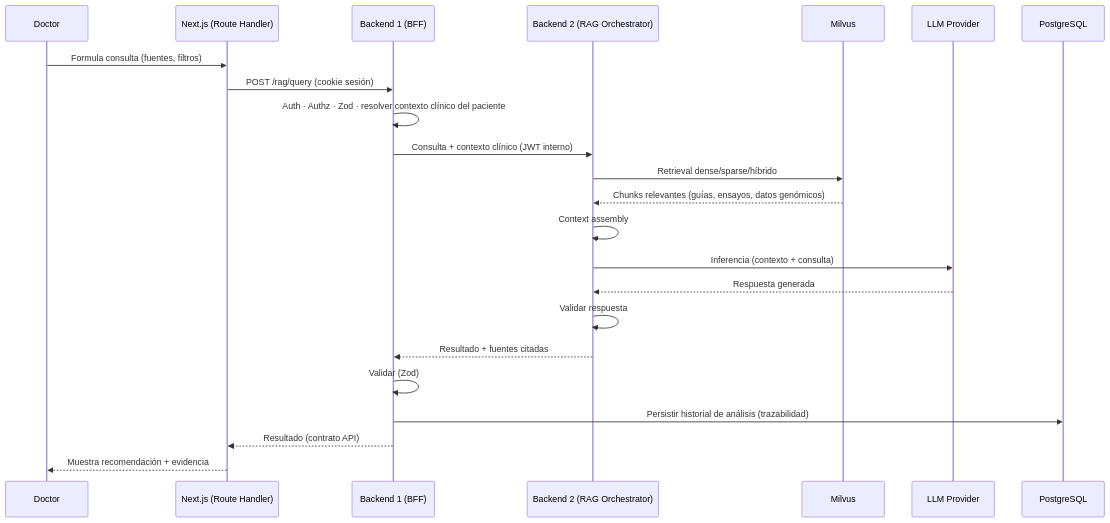
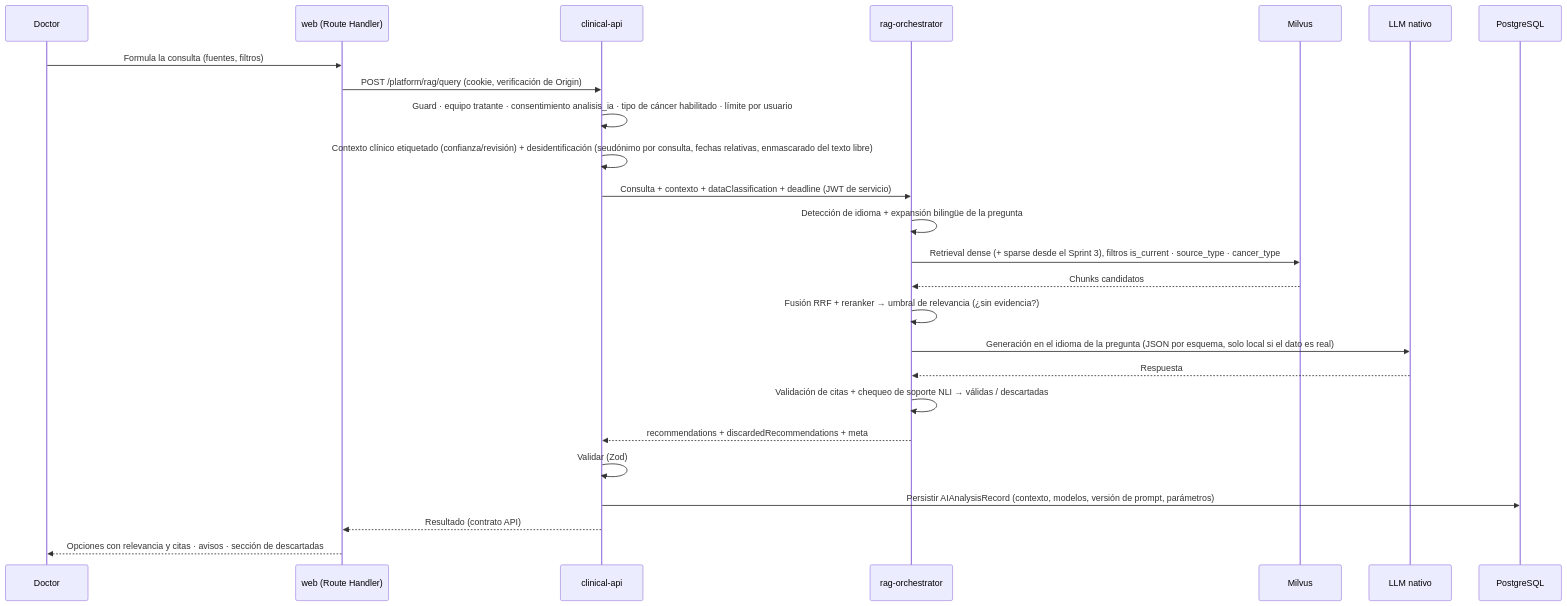
The third of 7 diagrams in readme.md (hatrickmario/OncoLens-Lab), drawn with Mermaid before and after one commit. The commit also changed other lines of this file and 2 other files, not shown here.

First line of the commit message:
Actualizar README y diagrama C4, y agregar PRD con las decisiones de la revisión técnica (#1)

````diff
--- a/readme.md
+++ b/readme.md
@@ -210,26 +245,28 @@
 ```mermaid
 sequenceDiagram
     participant D as Doctor
-    participant FE as Next.js (Route Handler)
-    participant BE1 as Backend 1 (BFF)
-    participant BE2 as Backend 2 (RAG Orchestrator)
+    participant FE as web (Route Handler)
+    participant BE1 as clinical-api
+    participant BE2 as rag-orchestrator
     participant MV as Milvus
-    participant LLM as LLM Provider
+    participant LLM as LLM nativo
     participant PG as PostgreSQL
 
-    D->>FE: Formula consulta (fuentes, filtros)
-    FE->>BE1: POST /rag/query (cookie sesión)
-    BE1->>BE1: Auth · Authz · Zod · resolver contexto clínico del paciente
-    BE1->>BE2: Consulta + contexto clínico (JWT interno)
-    BE2->>MV: Retrieval dense/sparse/híbrido
-    MV-->>BE2: Chunks relevantes (guías, ensayos, datos genómicos)
-    BE2->>BE2: Context assembly
-    BE2->>LLM: Inferencia (contexto + consulta)
-    LLM-->>BE2: Respuesta generada
-    BE2->>BE2: Validar respuesta
-    BE2-->>BE1: Resultado + fuentes citadas
+    D->>FE: Formula la consulta (fuentes, filtros)
+    FE->>BE1: POST /platform/rag/query (cookie, verificación de Origin)
+    BE1->>BE1: Guard · equipo tratante · consentimiento analisis_ia · tipo de cáncer habilitado · límite por usuario
+    BE1->>BE1: Contexto clínico etiquetado (confianza/revisión) + desidentificación (seudónimo por consulta, fechas relativas, enmascarado del texto libre)
+    BE1->>BE2: Consulta + contexto + dataClassification + deadline (JWT de servicio)
+    BE2->>BE2: Detección de idioma + expansión bilingüe de la pregunta
+    BE2->>MV: Retrieval dense (+ sparse desde el Sprint 3), filtros is_current · source_type · cancer_type
+    MV-->>BE2: Chunks candidatos
+    BE2->>BE2: Fusión RRF + reranker → umbral de relevancia (¿sin evidencia?)
+    BE2->>LLM: Generación en el idioma de la pregunta (JSON por esquema, solo local si el dato es real)
+    LLM-->>BE2: Respuesta
+    BE2->>BE2: Validación de citas + chequeo de soporte NLI → válidas / descartadas
+    BE2-->>BE1: recommendations + discardedRecommendations + meta
     BE1->>BE1: Validar (Zod)
-    BE1->>PG: Persistir historial de análisis (trazabilidad)
+    BE1->>PG: Persistir AIAnalysisRecord (contexto, modelos, versión de prompt, parámetros)
     BE1-->>FE: Resultado (contrato API)
-    FE-->>D: Muestra recomendación + evidencia
+    FE-->>D: Opciones con relevancia y citas · avisos · sección de descartadas
 ```
````
